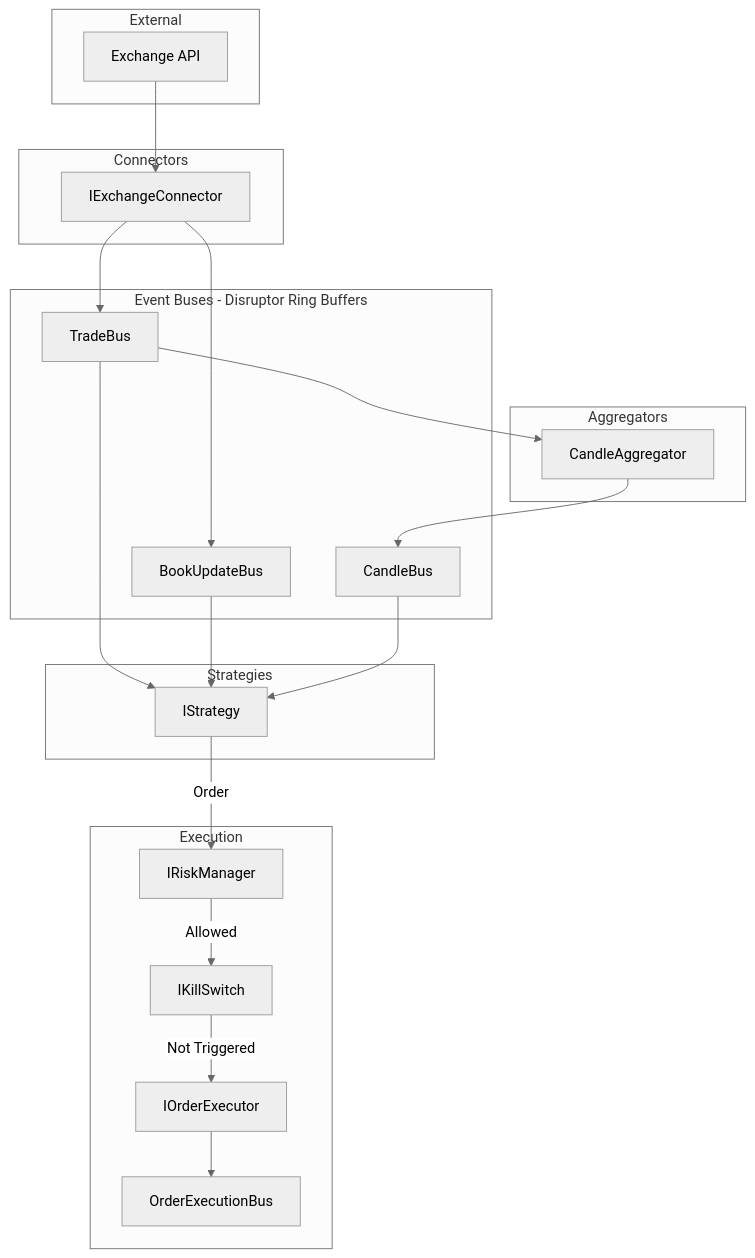
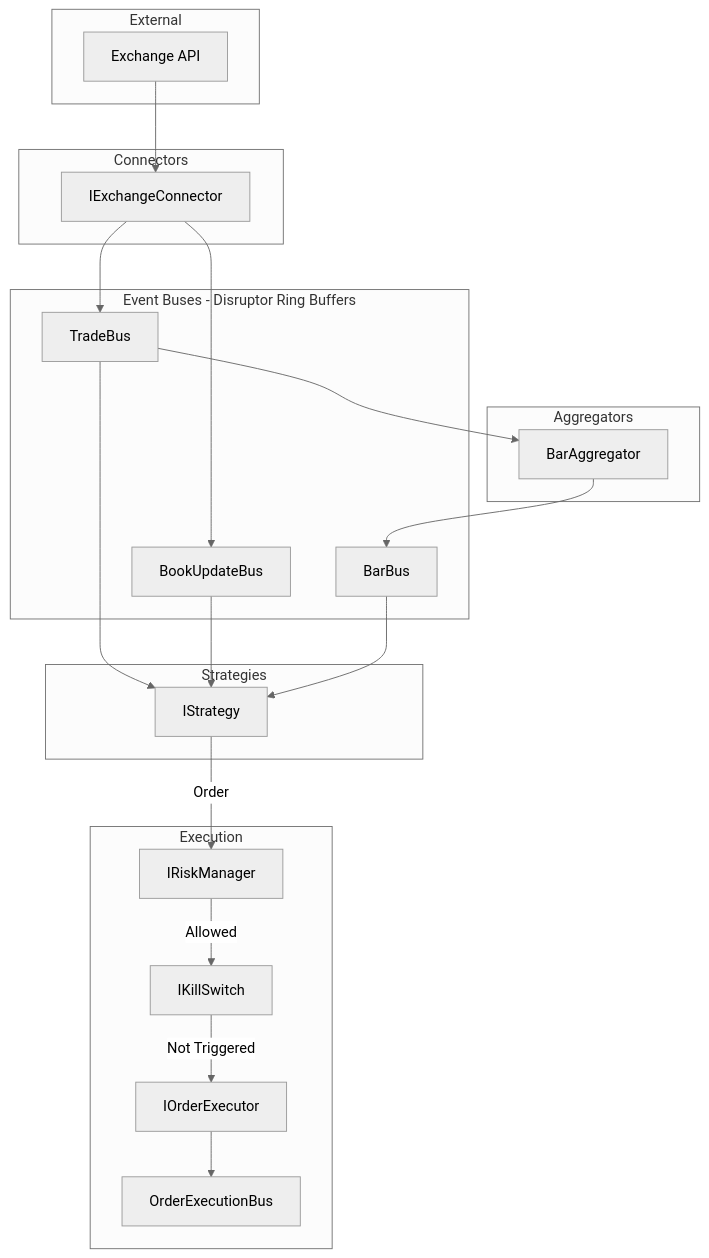
Before and after one commit to FLOX-Foundation/flox: the diagram in docs/explanation/architecture.md, drawn with Mermaid (neutral theme). The commit also changed other lines of this file and 27 other files, not shown here.

````diff
--- a/docs/explanation/architecture.md
+++ b/docs/explanation/architecture.md
@@ -23,44 +23,44 @@
 ```mermaid
 flowchart TD
     subgraph External
         EX[Exchange API]
     end
 
     subgraph Connectors
         CONN[IExchangeConnector]
     end
 
     subgraph EventBuses[Event Buses - Disruptor Ring Buffers]
         TB[TradeBus]
         BB[BookUpdateBus]
-        CB[CandleBus]
+        CB[BarBus]
     end
 
     subgraph Aggregators
-        CA[CandleAggregator]
+        CA[BarAggregator]
     end
 
     subgraph Strategies
         ST[IStrategy]
     end
 
     subgraph Execution
         OEB[OrderExecutionBus]
         EXE[IOrderExecutor]
         RM[IRiskManager]
         KS[IKillSwitch]
     end
 
     EX --> CONN
     CONN --> TB
     CONN --> BB
     TB --> ST
     BB --> ST
     TB --> CA
     CA --> CB
     CB --> ST
     ST -->|Order| RM
     RM -->|Allowed| KS
     KS -->|Not Triggered| EXE
     EXE --> OEB
 ```
````
